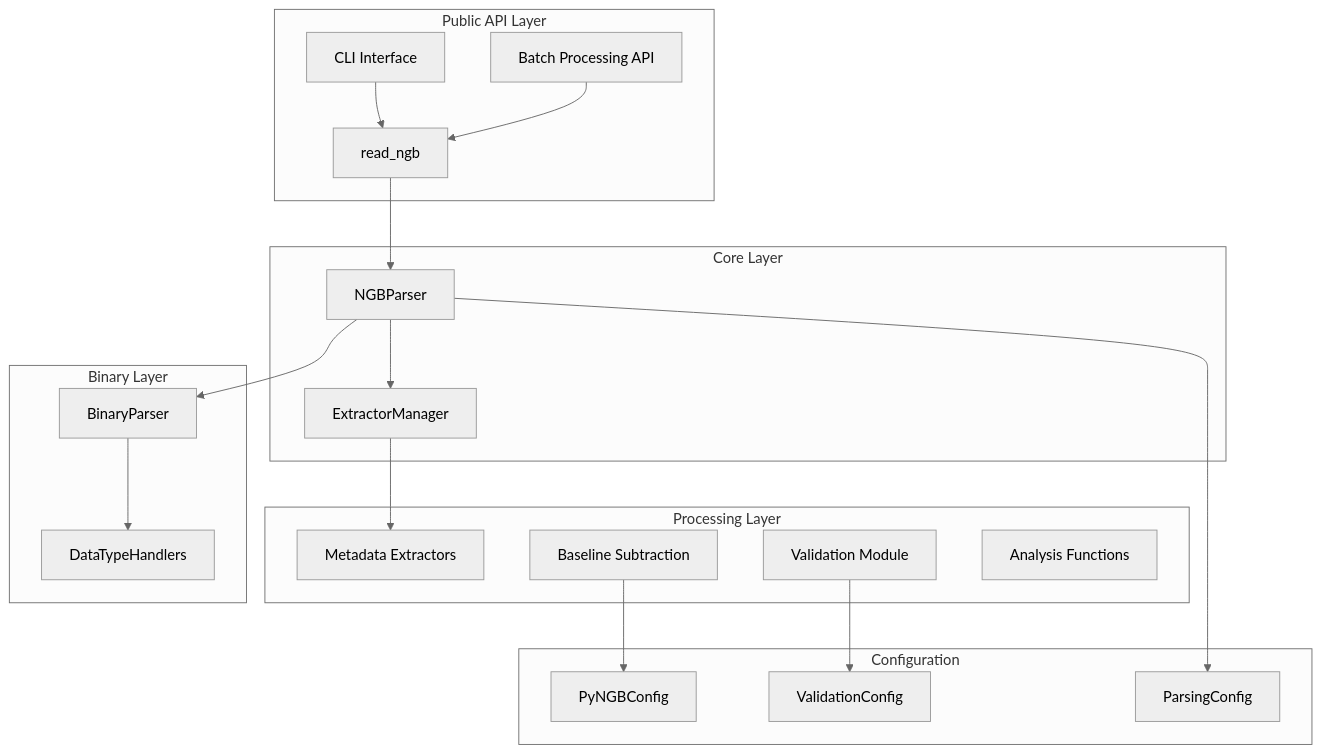
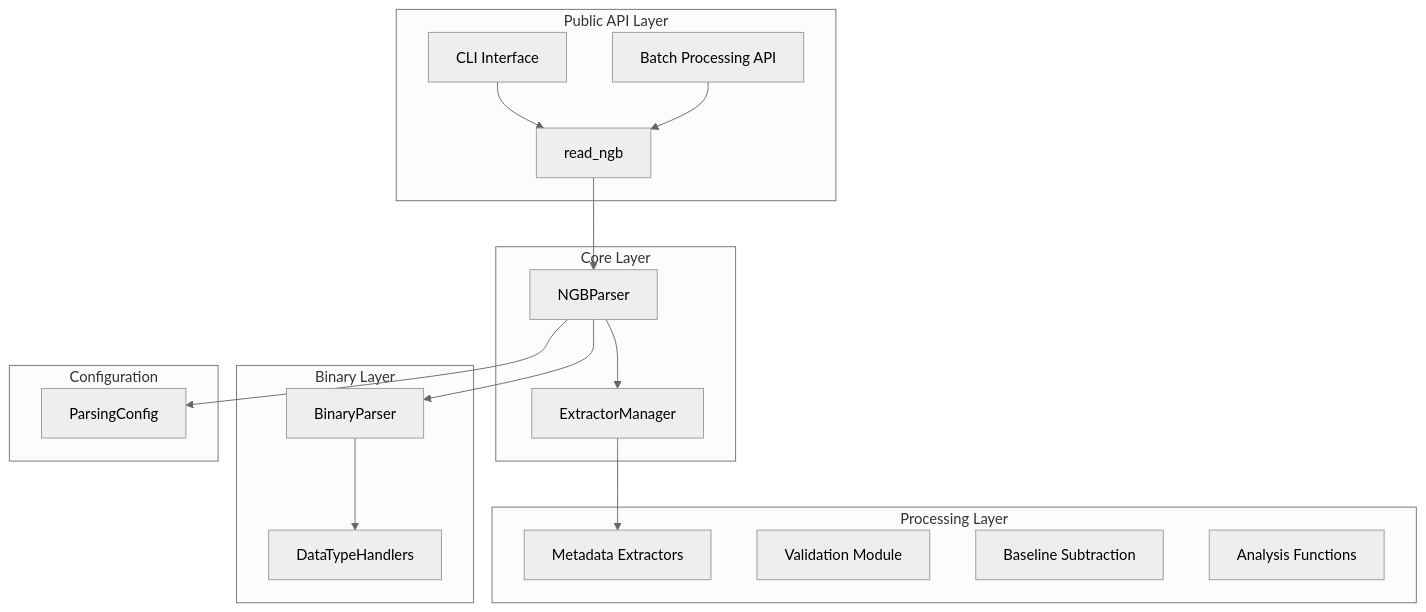
Before and after one commit to GraysonBellamy/pyngb: the first of 2 diagrams in docs/architecture.md, drawn with Mermaid (neutral theme). The commit also changed other lines of this file and 7 other files, not shown here.

````diff
--- a/docs/architecture.md
+++ b/docs/architecture.md
@@ -15,42 +15,38 @@
 ```mermaid
 graph TB
     subgraph "Public API Layer"
         A[read_ngb]
         B[CLI Interface]
         C[Batch Processing API]
     end
 
     subgraph "Core Layer"
         D[NGBParser]
         E[ExtractorManager]
     end
 
     subgraph "Processing Layer"
         F[Metadata Extractors]
         G[Validation Module]
         H[Baseline Subtraction]
         I[Analysis Functions]
     end
 
     subgraph "Binary Layer"
         J[BinaryParser]
         K[DataTypeHandlers]
     end
 
     subgraph "Configuration"
-        L[PyNGBConfig]
-        M[ValidationConfig]
         N[ParsingConfig]
     end
 
     A --> D
     B --> A
     C --> A
     D --> E
     D --> J
     E --> F
     J --> K
-    G --> M
-    H --> L
     D --> N
 ```
````
